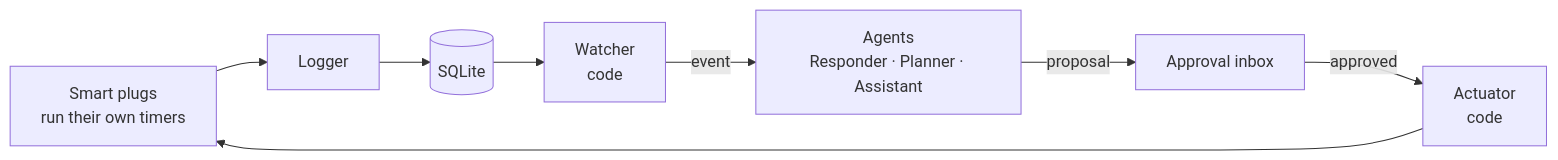
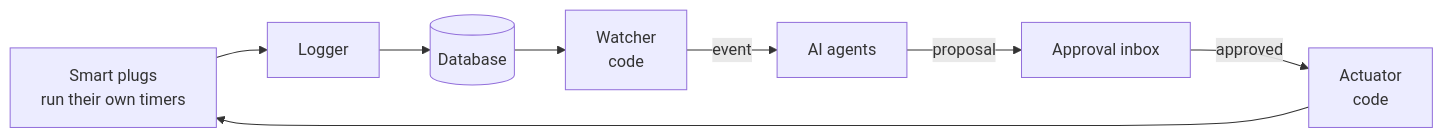
Before and after one commit to PaSathees/agentc-edge: the diagram in README.md, drawn with Mermaid. The commit also changed other lines of this file and 16 other files, not shown here.

````diff
--- a/README.md
+++ b/README.md
@@ -11,8 +11,8 @@
 ```mermaid
 flowchart LR
-  P["Smart plugs<br/>run their own timers"] --> L["Logger"] --> DB[("SQLite")]
+  P["Smart plugs<br/>run their own timers"] --> L["Logger"] --> DB[("Database")]
   DB --> W["Watcher<br/>code"]
-  W -- "event" --> A["Agents<br/>Responder · Planner · Assistant"]
+  W -- "event" --> A["AI agents"]
   A -- "proposal" --> I["Approval inbox"]
   I -- "approved" --> X["Actuator<br/>code"] --> P
 ```
````
